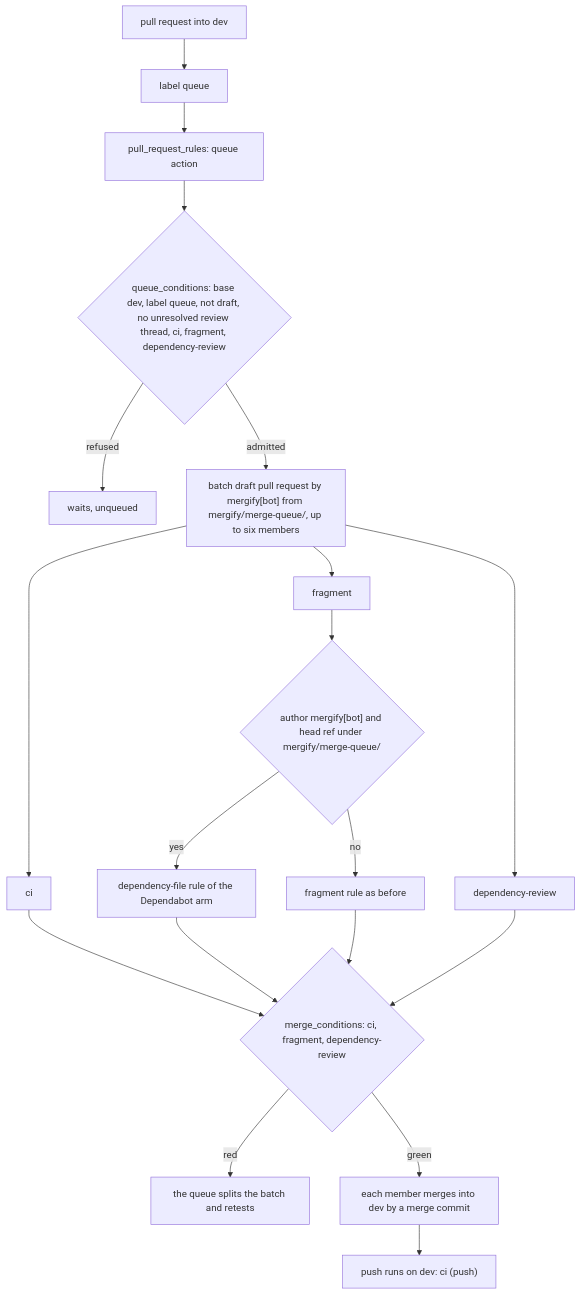
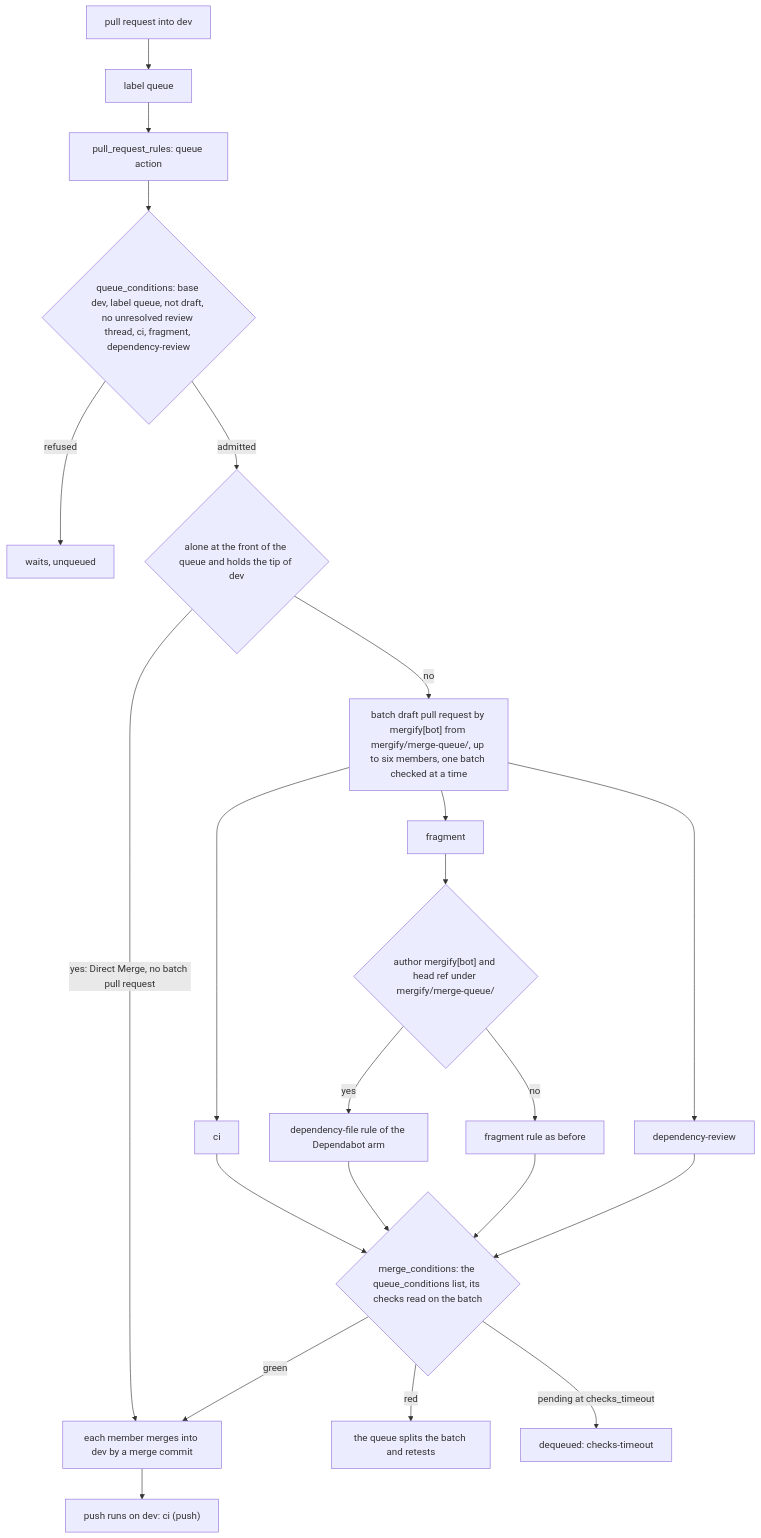
One commit to RexRenatus/deck-streak changed the diagram in docs/schematics/merge-queue.md. Above: the diagram before and after it, drawn with Mermaid. The commit also changed 6 other files, not shown here.

Commit message:
ci(queue): one batch at a time, a fixed timeout and direct merges

````diff
--- a/docs/schematics/merge-queue.md
+++ b/docs/schematics/merge-queue.md
@@ -6,21 +6,24 @@
 ```mermaid
 flowchart TD
     pr["pull request into dev"] --> label["label queue"]
     label --> rule["pull_request_rules: queue action"]
     rule --> qc{"queue_conditions: base dev, label queue, not draft, no unresolved review thread, ci, fragment, dependency-review"}
     qc -- "refused" --> wait["waits, unqueued"]
-    qc -- "admitted" --> batch["batch draft pull request by mergify[bot] from mergify/merge-queue/, up to six members"]
+    qc -- "admitted" --> lone{"alone at the front of the queue and holds the tip of dev"}
+    lone -- "yes: Direct Merge, no batch pull request" --> merge
+    lone -- "no" --> batch["batch draft pull request by mergify[bot] from mergify/merge-queue/, up to six members, one batch checked at a time"]
     batch --> ci["ci"]
     batch --> fragment["fragment"]
     batch --> review["dependency-review"]
     fragment --> arm{"author mergify[bot] and head ref under mergify/merge-queue/"}
     arm -- "yes" --> deps["dependency-file rule of the Dependabot arm"]
     arm -- "no" --> plain["fragment rule as before"]
-    ci --> mc{"merge_conditions: ci, fragment, dependency-review"}
+    ci --> mc{"merge_conditions: the queue_conditions list, its checks read on the batch"}
     deps --> mc
     plain --> mc
     review --> mc
     mc -- "red" --> split["the queue splits the batch and retests"]
+    mc -- "pending at checks_timeout" --> timeout["dequeued: checks-timeout"]
     mc -- "green" --> merge["each member merges into dev by a merge commit"]
     merge --> push["push runs on dev: ci (push)"]
 ```
````
